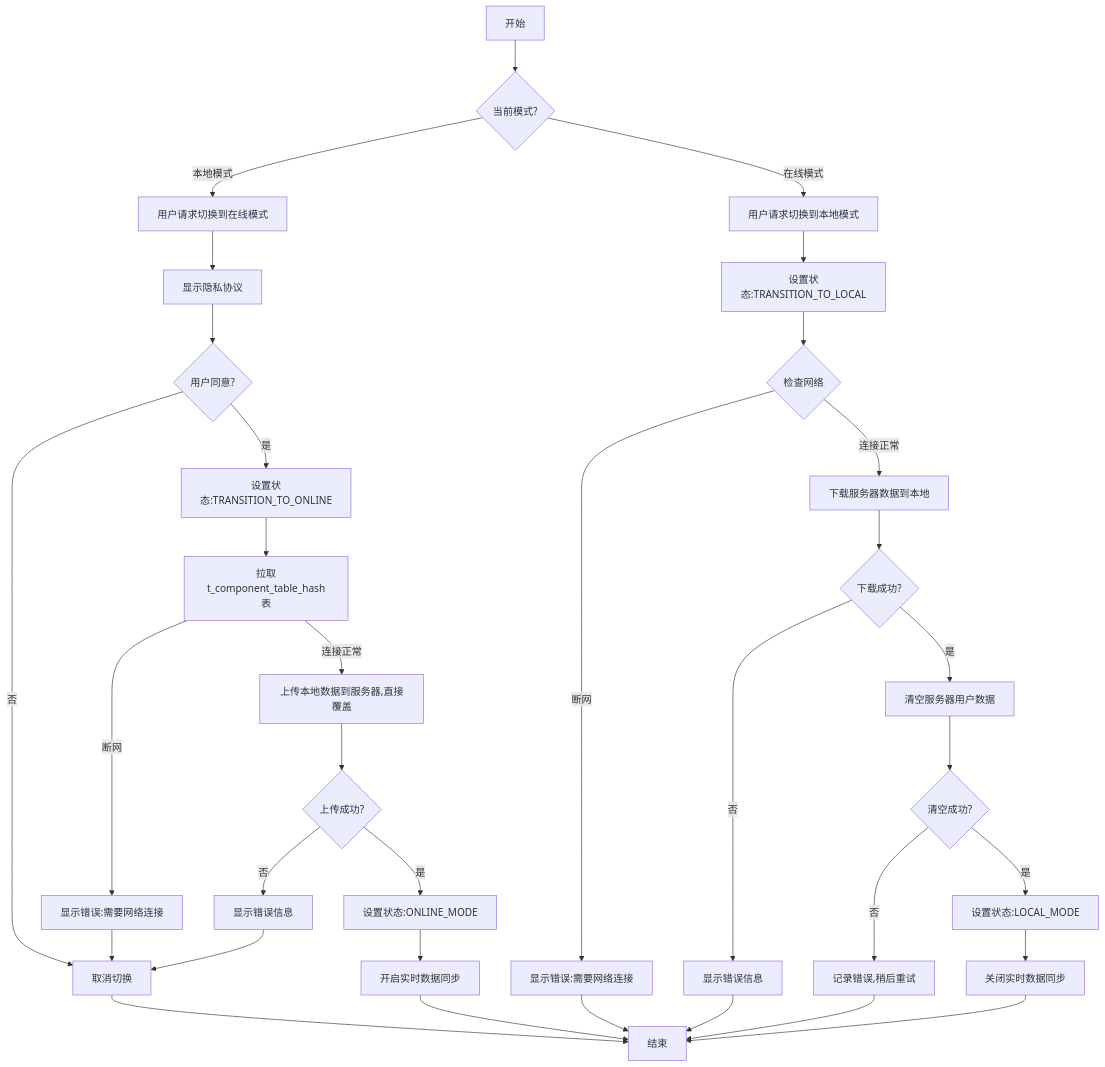
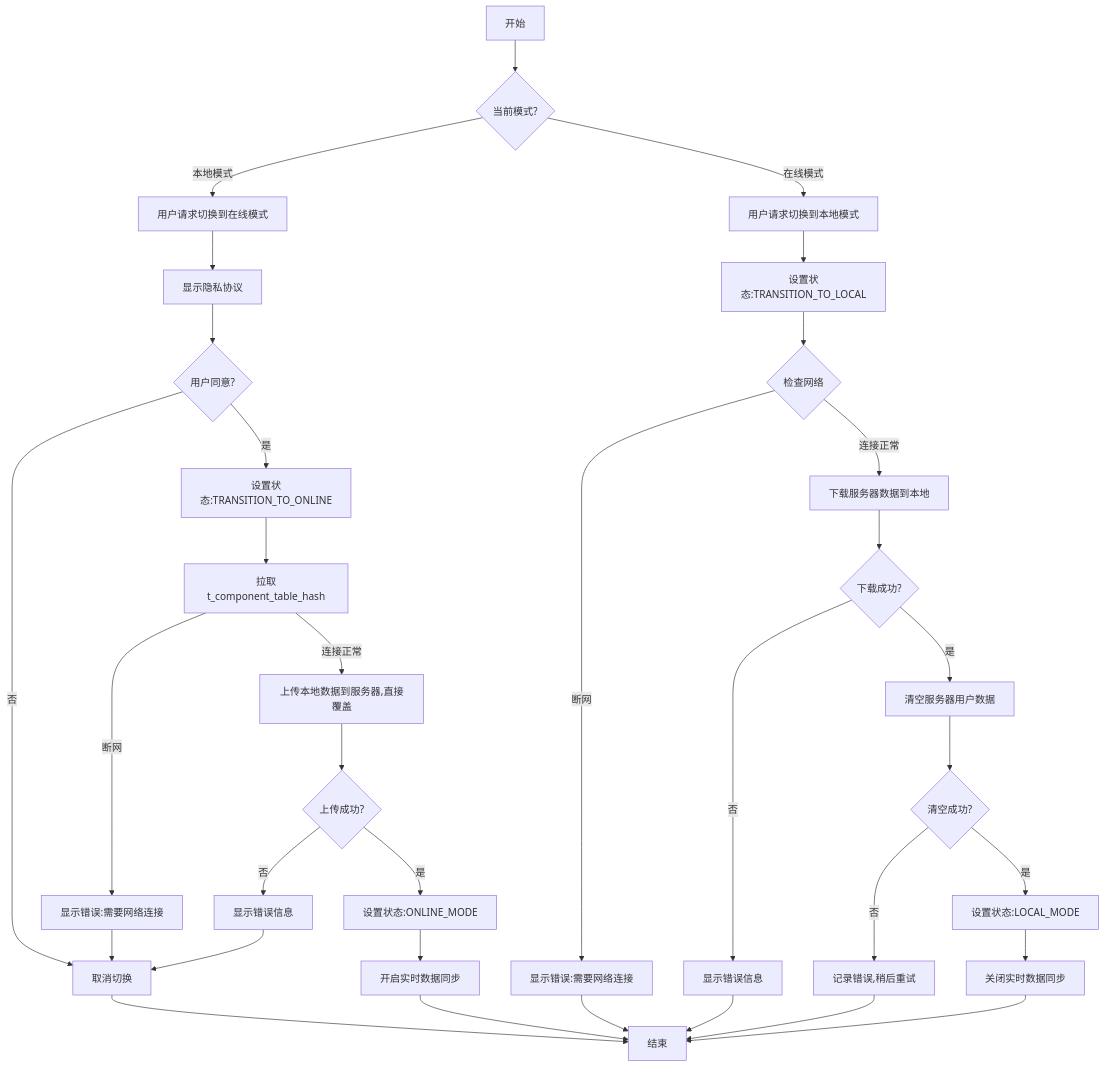
The diagram in all/未命名-50.md (yingjianzh/iodraw-files), drawn with Mermaid before and after one commit.

Commit message:
2025-05-08 16:08:45 update

````diff
--- a/all/未命名-50.md
+++ b/all/未命名-50.md
@@ -1,40 +1,40 @@
 ```mermaid
 
 flowchart TD
     A[开始] --> B{当前模式?}
     
     B -->|本地模式| C[用户请求切换到在线模式]
     C --> F[显示隐私协议]
     F --> G{用户同意?}
     G -->|否| H[取消切换]
     H --> Z[结束]
     G -->|是| I[设置状态:TRANSITION_TO_ONLINE]
-    I --> J[拉取t_component_table_hash表]
+    I --> J[拉取t_component_table_hash]
     J -->|断网| K[显示错误:需要网络连接]
     K --> H
     J -->|连接正常| O[上传本地数据到服务器,直接覆盖]
     O --> P{上传成功?}
     P -->|否| Q[显示错误信息]
     Q --> H
     P -->|是| R[设置状态:ONLINE_MODE]
     R --> S[开启实时数据同步]
     S --> Z
     
     B -->|在线模式| T[用户请求切换到本地模式]
     T --> U[设置状态:TRANSITION_TO_LOCAL]
     U --> V{检查网络}
     V -->|断网| W[显示错误:需要网络连接]
     W --> Z
     V -->|连接正常| X[下载服务器数据到本地]
     X --> Y{下载成功?}
     Y -->|否| AA2[显示错误信息]
     AA2 --> Z
     Y -->|是| AB2[清空服务器用户数据]
     AB2 --> AC2{清空成功?}
     AC2 -->|否| AD2[记录错误,稍后重试]
     AD2 --> Z
     AC2 -->|是| AE[设置状态:LOCAL_MODE]
     AE --> AF[关闭实时数据同步]
     AF --> Z
 
 ```
````
